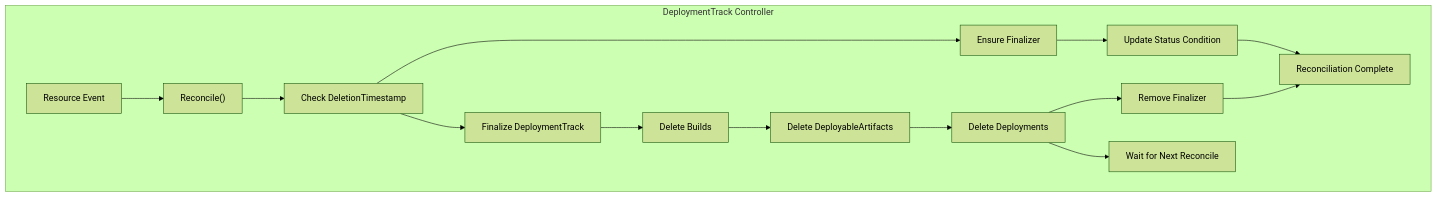
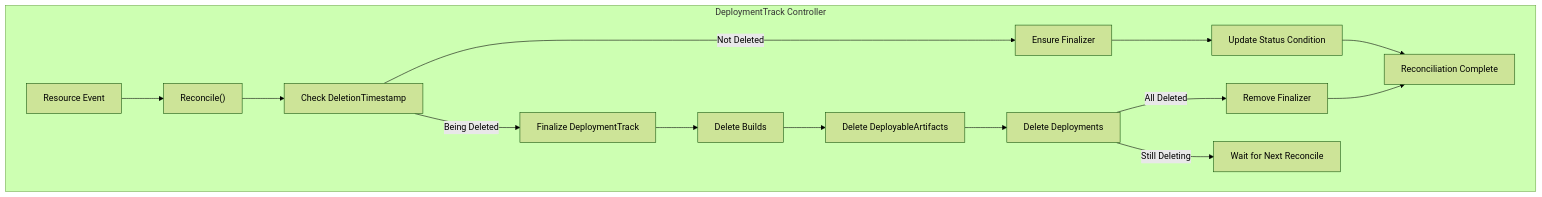
The third of 6 diagrams in docs/deepwiki/Application-Resources.md (openchoreo/openchoreo), drawn with Mermaid (forest theme) before and after one commit. The commit also changed other lines of this file and 85 other files, not shown here.

Commit message:
feat: Add new workflow and specification templates, update Helm chart dependencies, and clarify documentation diagrams.

````diff
--- a/docs/deepwiki/Application-Resources.md
+++ b/docs/deepwiki/Application-Resources.md
@@ -162,43 +162,43 @@
 ```mermaid
 flowchart TD
 
 Event["Resource Event"]
 Reconcile["Reconcile()"]
 Check["Check DeletionTimestamp"]
 Finalizer["Ensure Finalizer"]
 Finalize["Finalize DeploymentTrack"]
 UpdateStatus["Update Status Condition"]
 Complete["Reconciliation Complete"]
 DeleteBuilds["Delete Builds"]
 DeleteArtifacts["Delete DeployableArtifacts"]
 DeleteDeployments["Delete Deployments"]
 RemoveFinalizer["Remove Finalizer"]
 Wait["Wait for Next Reconcile"]
 
 subgraph subGraph0 ["DeploymentTrack Controller"]
     Event
     Reconcile
     Check
     Finalizer
     Finalize
     UpdateStatus
     Complete
     DeleteBuilds
     DeleteArtifacts
     DeleteDeployments
     RemoveFinalizer
     Wait
     Event --> Reconcile
     Reconcile --> Check
-    Check --> Finalizer
-    Check --> Finalize
+    Check -->|"Not Deleted"| Finalizer
+    Check -->|"Being Deleted"| Finalize
     Finalizer --> UpdateStatus
     UpdateStatus --> Complete
     Finalize --> DeleteBuilds
     DeleteBuilds --> DeleteArtifacts
     DeleteArtifacts --> DeleteDeployments
-    DeleteDeployments --> RemoveFinalizer
-    DeleteDeployments --> Wait
+    DeleteDeployments -->|"All Deleted"| RemoveFinalizer
+    DeleteDeployments -->|"Still Deleting"| Wait
     RemoveFinalizer --> Complete
 end
 ```
````
